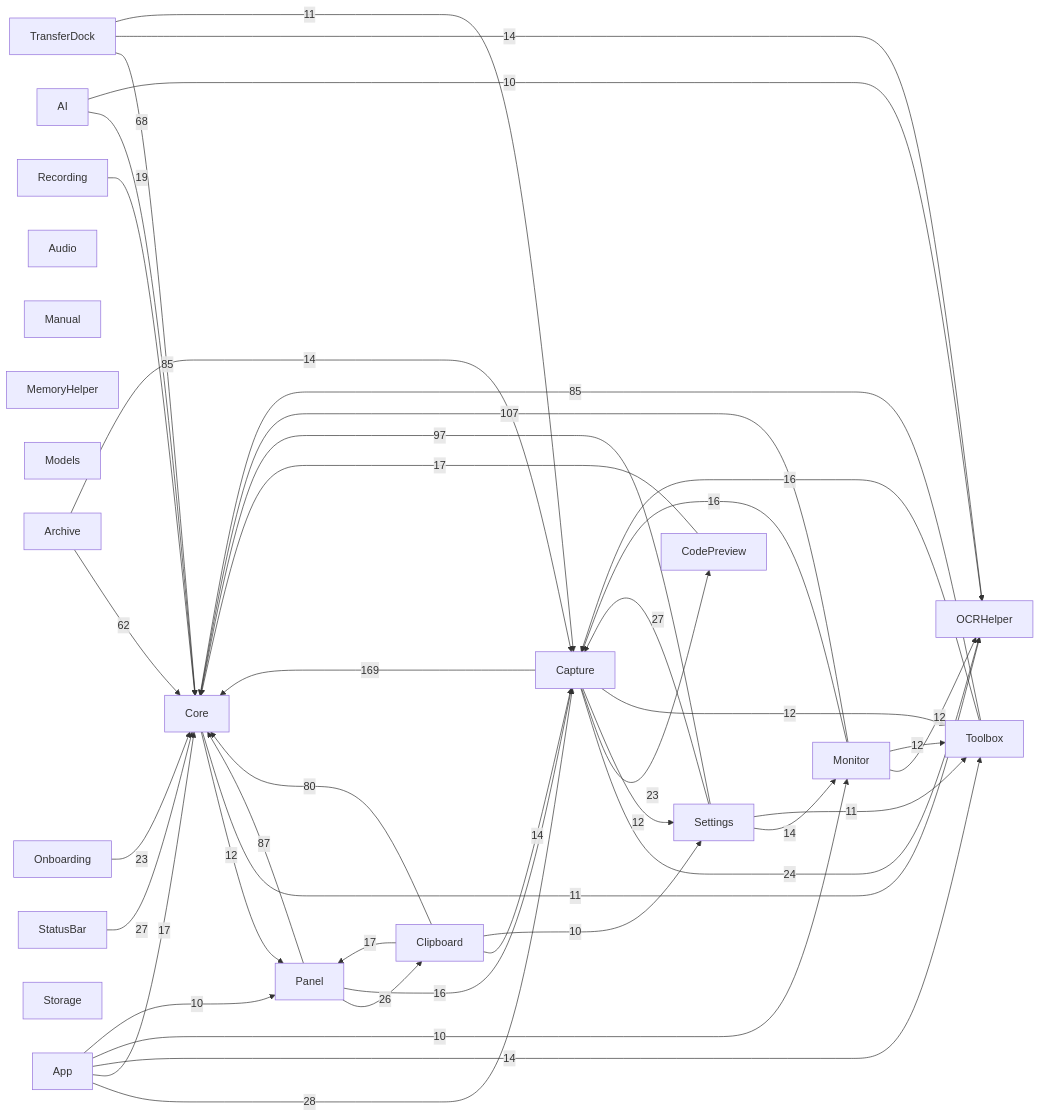
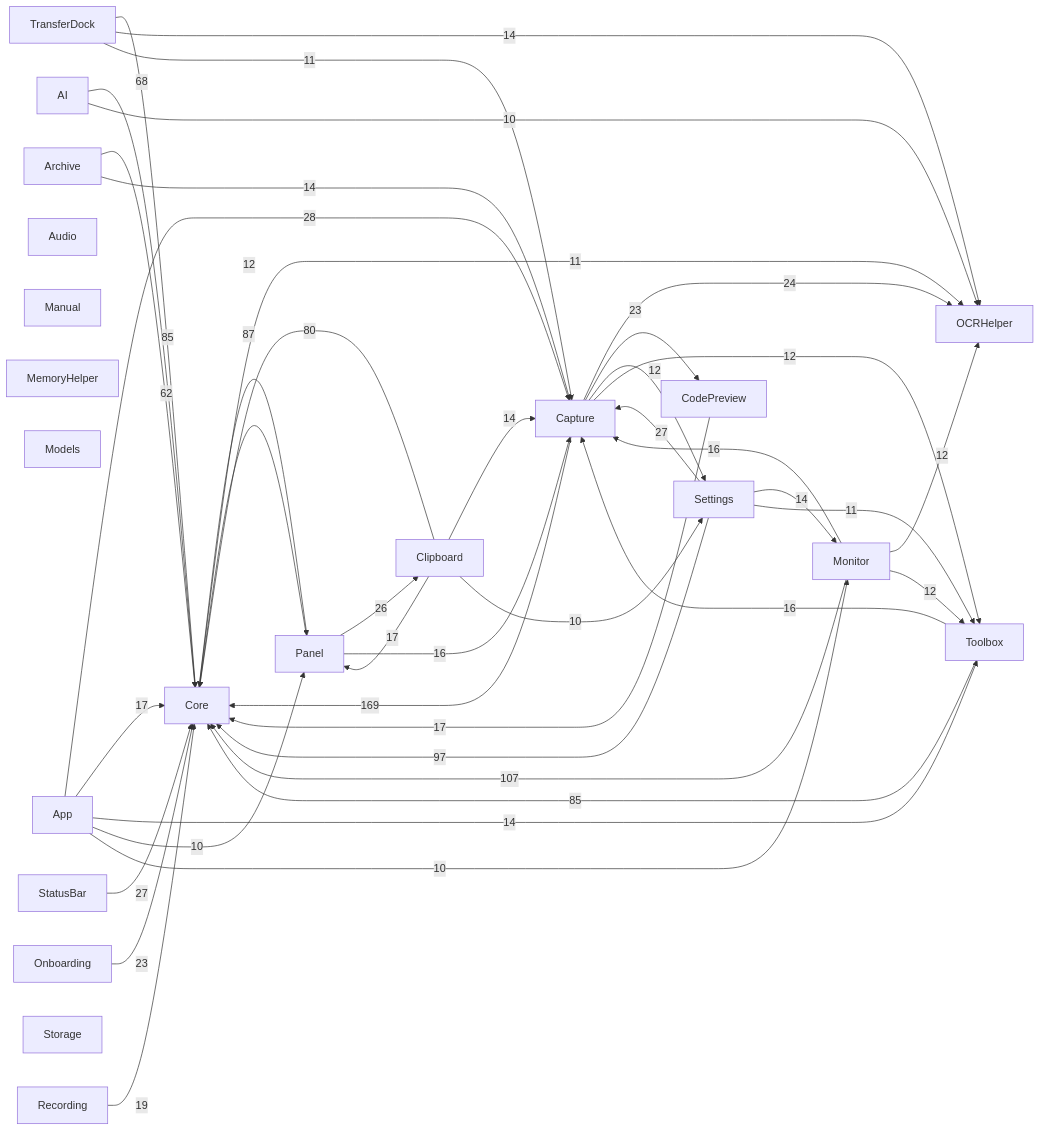
The diagram in docs/00-总览/模块依赖图.md (sxyq/Kitnest), drawn with Mermaid before and after one commit. The commit also changed other lines of this file and 7 other files, not shown here.

````diff
--- a/docs/00-总览/模块依赖图.md
+++ b/docs/00-总览/模块依赖图.md
@@ -35,64 +35,64 @@
 ```mermaid
 flowchart LR
   M0["AI"]
   M1["App"]
   M2["Archive"]
   M3["Audio"]
   M4["Capture"]
   M5["Clipboard"]
   M6["CodePreview"]
   M7["Core"]
   M8["Manual"]
   M9["MemoryHelper"]
   M10["Models"]
   M11["Monitor"]
   M12["OCRHelper"]
   M13["Onboarding"]
   M14["Panel"]
   M15["Recording"]
   M16["Settings"]
   M17["StatusBar"]
   M18["Storage"]
   M19["Toolbox"]
   M20["TransferDock"]
   M4 -->|169| M7
   M11 -->|107| M7
   M16 -->|97| M7
   M14 -->|87| M7
   M19 -->|85| M7
   M20 -->|85| M7
   M5 -->|80| M7
   M0 -->|68| M7
   M2 -->|62| M7
   M1 -->|28| M4
   M16 -->|27| M4
   M17 -->|27| M7
   M14 -->|26| M5
   M4 -->|24| M12
   M4 -->|23| M6
   M13 -->|23| M7
   M15 -->|19| M7
   M1 -->|17| M7
   M6 -->|17| M7
   M5 -->|17| M14
   M11 -->|16| M4
   M14 -->|16| M4
   M19 -->|16| M4
   M1 -->|14| M19
   M16 -->|14| M11
   M2 -->|14| M4
   M20 -->|14| M12
   M5 -->|14| M4
   M7 -->|12| M14
   M4 -->|12| M16
   M4 -->|12| M19
   M11 -->|12| M12
   M11 -->|12| M19
   M7 -->|11| M12
   M16 -->|11| M19
   M20 -->|11| M4
+  M1 -->|10| M14
   M1 -->|10| M11
-  M1 -->|10| M14
   M0 -->|10| M12
   M5 -->|10| M16
 ```
````
